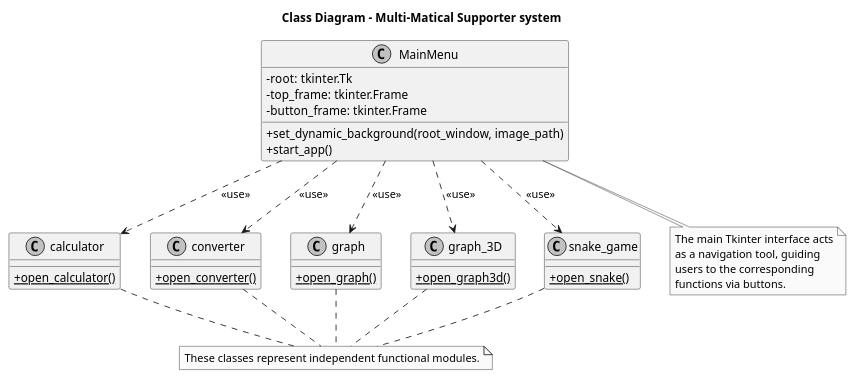
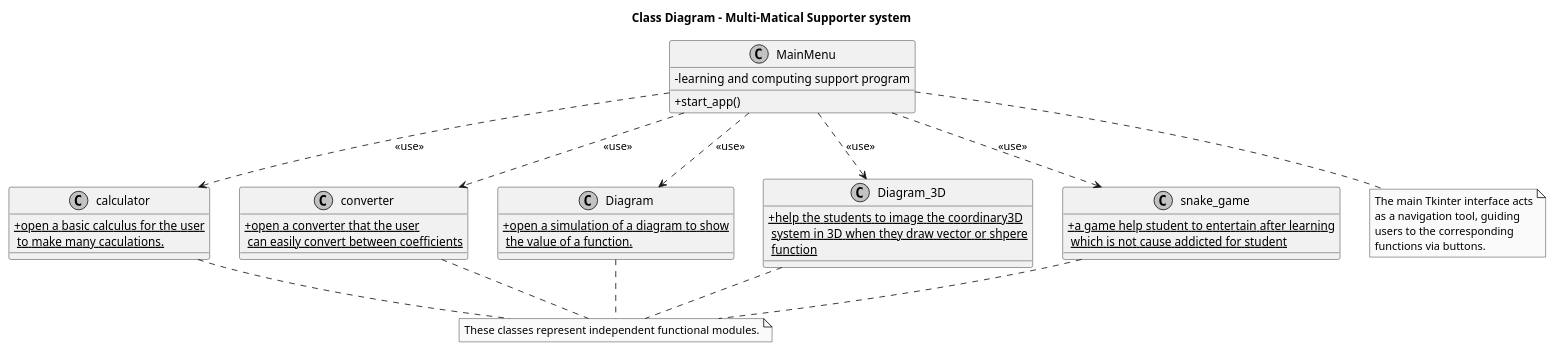
The diagram in computing_support_program.puml (sgamings182-lang/chungtoiyeulaptrinh), drawn with PlantUML before and after one commit.

```diff
--- a/computing_support_program.puml
+++ b/computing_support_program.puml
@@ -1,57 +1,54 @@
 @startuml
 skinparam classAttributeIconSize 0
 skinparam monochrome true
 skinparam shadowing false
 
 title Class Diagram - Multi-Matical Supporter system
 
 class MainMenu {
-  - root: tkinter.Tk
-  - top_frame: tkinter.Frame
-  - button_frame: tkinter.Frame
-  + set_dynamic_background(root_window, image_path)
+  - learning and computing support program
   + start_app()
 }
 
 class calculator {
-  + {static} open_calculator()
+  + {static} open a basic calculus for the user\n to make many caculations.
 }
 
 class converter {
-  + {static} open_converter()
+  + {static} open a converter that the user\n can easily convert between coefficients
 }
 
-class graph {
-  + {static} open_graph()
+class Diagram {
+  + {static} open a simulation of a diagram to show\n the value of a function.
 }
 
-class graph_3D {
-  + {static} open_graph3d()
+class Diagram_3D {
+  + {static} help the students to image the coordinary3D\n system in 3D when they draw vector or shpere\n function
 }
 
 class snake_game {
-  + {static} open_snake()
+  + {static} a game help student to entertain after learning\n which is not cause addicted for student
 }
 
 ' Quan hệ phụ thuộc (Dependency) từ Menu chính gọi đến các module chức năng
 MainMenu ..> calculator : <<use>>
 MainMenu ..> converter : <<use>>
-MainMenu ..> graph : <<use>>
-MainMenu ..> graph_3D : <<use>>
+MainMenu ..> Diagram : <<use>>
+MainMenu ..> Diagram_3D : <<use>>
 MainMenu ..> snake_game : <<use>>
 
 note bottom of MainMenu
   The main Tkinter interface acts
   as a navigation tool, guiding
   users to the corresponding
   functions via buttons.
 end note
 
 note "These classes represent independent functional modules." as N1
 calculator .. N1
 converter .. N1
-graph .. N1
-graph_3D .. N1
+Diagram .. N1
+Diagram_3D .. N1
 snake_game .. N1
 
 @enduml
```
